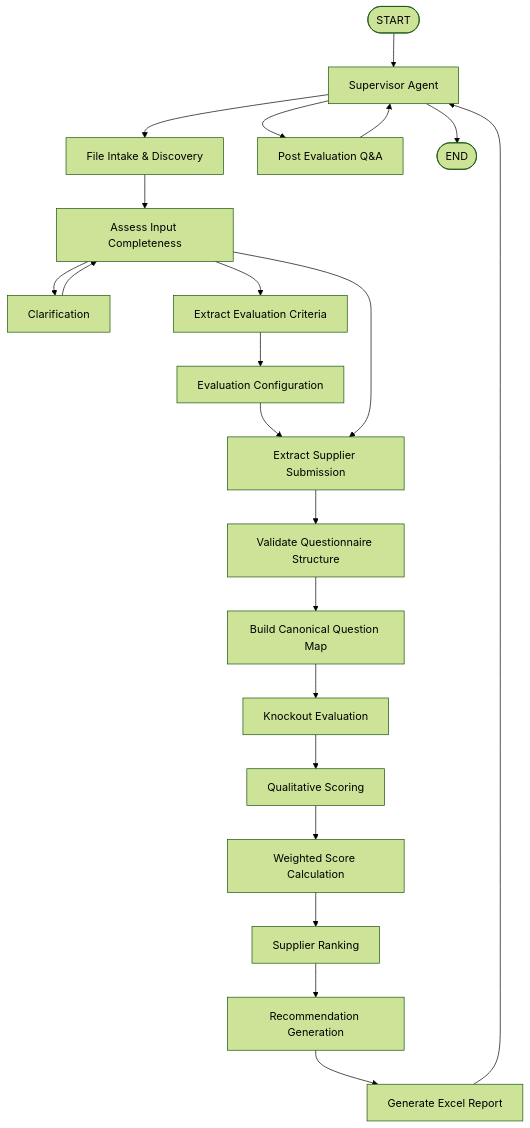
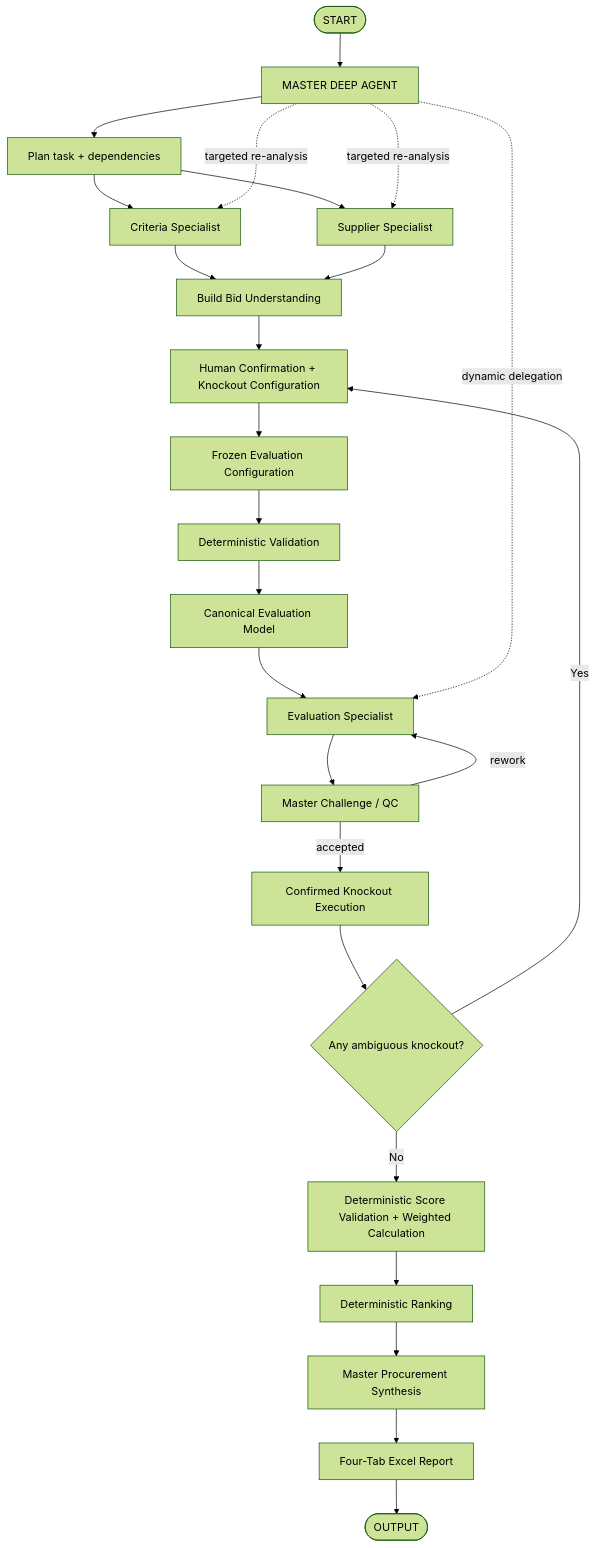
The diagram in Bid Analysis Agent/06-Overall-Orchestration.md (adityarane-ai/Agentic-Orchestrations), drawn with Mermaid (forest theme) before and after one commit. The commit also changed other lines of this file, not shown here.

Commit message:
Freeze overall orchestration around Master Deep Agent and HITL gate

````diff
--- a/Bid Analysis Agent/06-Overall-Orchestration.md
+++ b/Bid Analysis Agent/06-Overall-Orchestration.md
@@ -49,44 +21,29 @@
 ```mermaid
 flowchart TD
 
-Start([START])
-Supervisor[Supervisor Agent]
-Intake[File Intake & Discovery]
-Assess[Assess Input Completeness]
-Clarify[Clarification]
-Criteria[Extract Evaluation Criteria]
-Config[Evaluation Configuration]
-Supplier[Extract Supplier Submission]
-Validate[Validate Questionnaire Structure]
-Canonical[Build Canonical Question Map]
-Knockout[Knockout Evaluation]
-Score[Qualitative Scoring]
-Weight[Weighted Score Calculation]
-Rank[Supplier Ranking]
-Recommend[Recommendation Generation]
-Report[Generate Excel Report]
-QA[Post Evaluation Q&A]
-End([END])
+START([START]) --> M[MASTER DEEP AGENT]
+M --> PLAN[Plan task + dependencies]
+PLAN --> C[Criteria Specialist]
+PLAN --> S[Supplier Specialist]
+C --> B[Build Bid Understanding]
+S --> B
+B --> H[Human Confirmation + Knockout Configuration]
+H --> CFG[Frozen Evaluation Configuration]
+CFG --> V[Deterministic Validation]
+V --> CAN[Canonical Evaluation Model]
+CAN --> E[Evaluation Specialist]
+E --> QC[Master Challenge / QC]
+QC -->|rework| E
+QC -->|accepted| K[Confirmed Knockout Execution]
+K --> KO{Any ambiguous knockout?}
+KO -->|Yes| H
+KO -->|No| SCORE[Deterministic Score Validation + Weighted Calculation]
+SCORE --> RANK[Deterministic Ranking]
+RANK --> SYN[Master Procurement Synthesis]
+SYN --> REPORT[Four-Tab Excel Report]
+REPORT --> OUTPUT([OUTPUT])
 
-Start --> Supervisor
-Supervisor --> Intake
-Intake --> Assess
-Assess --> Clarify
-Clarify --> Assess
-Assess --> Criteria
-Criteria --> Config
-Config --> Supplier
-Assess --> Supplier
-Supplier --> Validate
-Validate --> Canonical
-Canonical --> Knockout
-Knockout --> Score
-Score --> Weight
-Weight --> Rank
-Rank --> Recommend
-Recommend --> Report
-Report --> Supervisor
-Supervisor --> QA
-QA --> Supervisor
-Supervisor --> End
+M -. dynamic delegation .-> E
+M -. targeted re-analysis .-> C
+M -. targeted re-analysis .-> S
 ```
````
